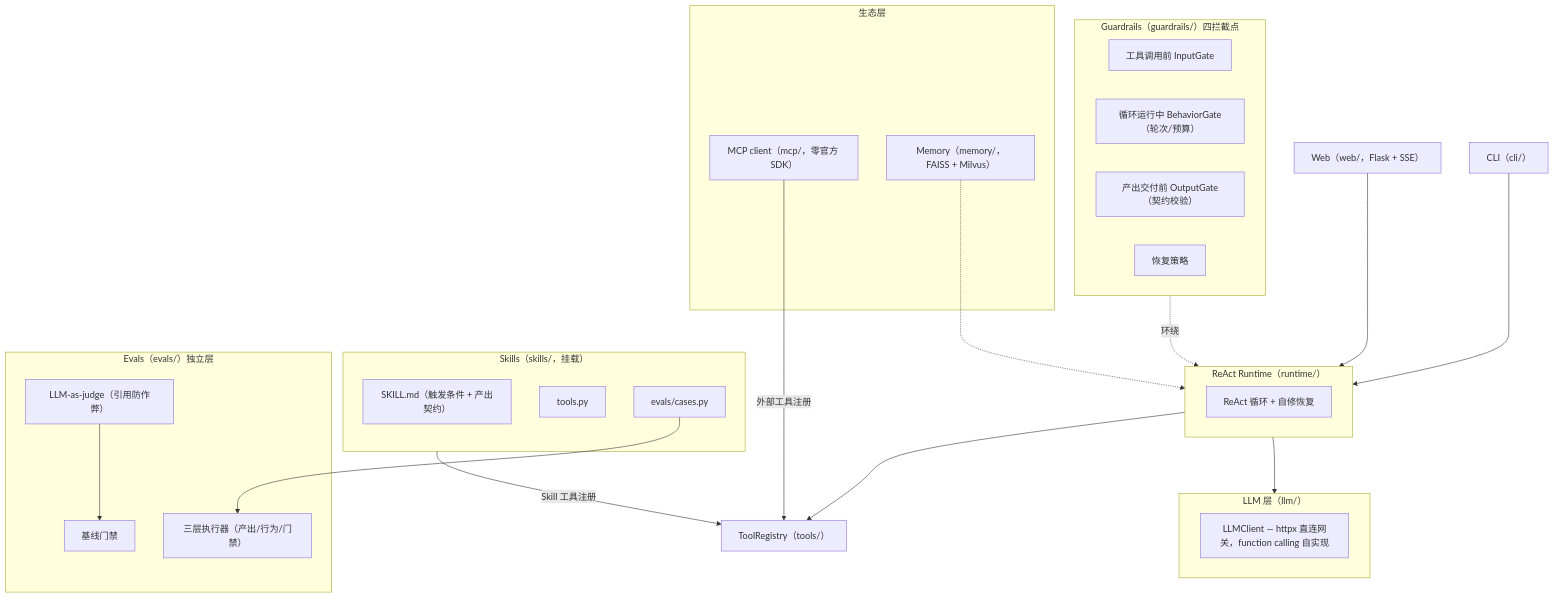
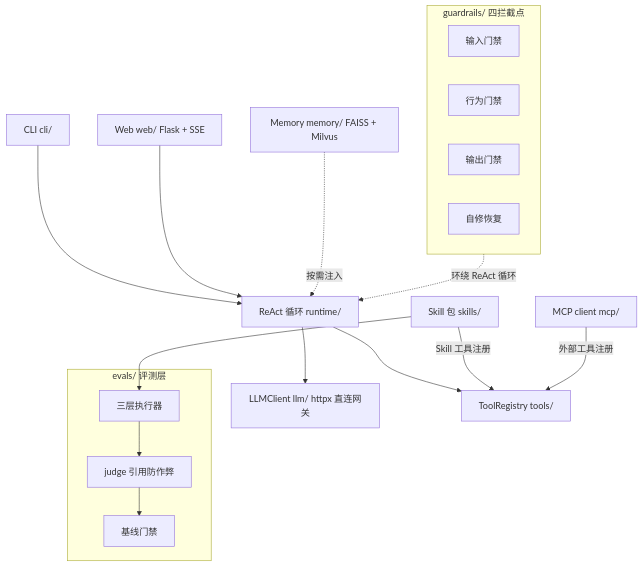
The diagram in README.md (JohnnyQ-commits/sluice-data-agent), drawn with Mermaid before and after one commit. The commit also changed other lines of this file and 2 other files, not shown here.

Commit message:
docs: README全中文重写——先讲是什么/快速体验双档(零key门禁演示+真key完整链路)/架构图mermaid语法修渲染(去subgraph直连边+边标签留空格)/自研论证降级为补充章节/测试数校准279

````diff
--- a/README.md
+++ b/README.md
@@ -117,49 +67,36 @@
 ```mermaid
-graph TB
-    subgraph LLM["LLM 层（llm/）"]
-        LLMCLIENT["LLMClient — httpx 直连网关，function calling 自实现"]
+flowchart TB
+    CLI[CLI cli/]
+    WEB[Web web/ Flask + SSE]
+    LOOP[ReAct 循环 runtime/]
+    LLM[LLMClient llm/ httpx 直连网关]
+    REG[ToolRegistry tools/]
+    SKILLS[Skill 包 skills/]
+    MCP[MCP client mcp/]
+    MEM[Memory memory/ FAISS + Milvus]
+
+    CLI --> LOOP
+    WEB --> LOOP
+    LOOP --> LLM
+    LOOP --> REG
+    SKILLS -- Skill 工具注册 --> REG
+    MCP -- 外部工具注册 --> REG
+    MEM -. 按需注入 .-> LOOP
+
+    subgraph GUARDRAILS [guardrails/ 四拦截点]
+        G1[输入门禁]
+        G2[行为门禁]
+        G3[输出门禁]
+        G4[自修恢复]
     end
 
-    subgraph SKILLS["Skills（skills/，挂载）"]
-        SKILLMD["SKILL.md（触发条件 + 产出契约）"]
-        TOOLSPY["tools.py"]
-        SKILLEVALS["evals/cases.py"]
+    subgraph EVALS [evals/ 评测层]
+        E1[三层执行器]
+        E2[judge 引用防作弊]
+        E3[基线门禁]
     end
 
-    subgraph RUNTIME["ReAct Runtime（runtime/）"]
-        LOOP["ReAct 循环 + 自修恢复"]
-    end
-
-    subgraph GUARDRAILS["Guardrails（guardrails/）四拦截点"]
-        INPUT["工具调用前 InputGate"]
-        BEHAVIOR["循环运行中 BehaviorGate（轮次/预算）"]
-        OUTPUT["产出交付前 OutputGate（契约校验）"]
-        RECOVERY["恢复策略"]
-    end
-
-    subgraph EVALS["Evals（evals/）独立层"]
-        EXEC["三层执行器（产出/行为/门禁）"]
-        JUDGE["LLM-as-judge（引用防作弊）"]
-        BASELINE["基线门禁"]
-    end
-
-    subgraph ECO["生态层"]
-        MCP["MCP client（mcp/，零官方 SDK）"]
-        MEMORY["Memory（memory/，FAISS + Milvus）"]
-    end
-
-    TOOLS["ToolRegistry（tools/）"]
-    WEB["Web（web/，Flask + SSE）"]
-    CLI["CLI（cli/）"]
-
-    CLI --> RUNTIME
-    WEB --> RUNTIME
-    RUNTIME --> LLM
-    RUNTIME --> TOOLS
-    SKILLS -->|"Skill 工具注册"| TOOLS
-    MCP -->|"外部工具注册"| TOOLS
-    MEMORY -.-> RUNTIME
-    GUARDRAILS -.环绕.-> RUNTIME
-    SKILLEVALS --> EXEC
-    JUDGE --> BASELINE
+    GUARDRAILS -. 环绕 ReAct 循环 .-> LOOP
+    SKILLS --> E1
+    E1 --> E2 --> E3
 ```
````
